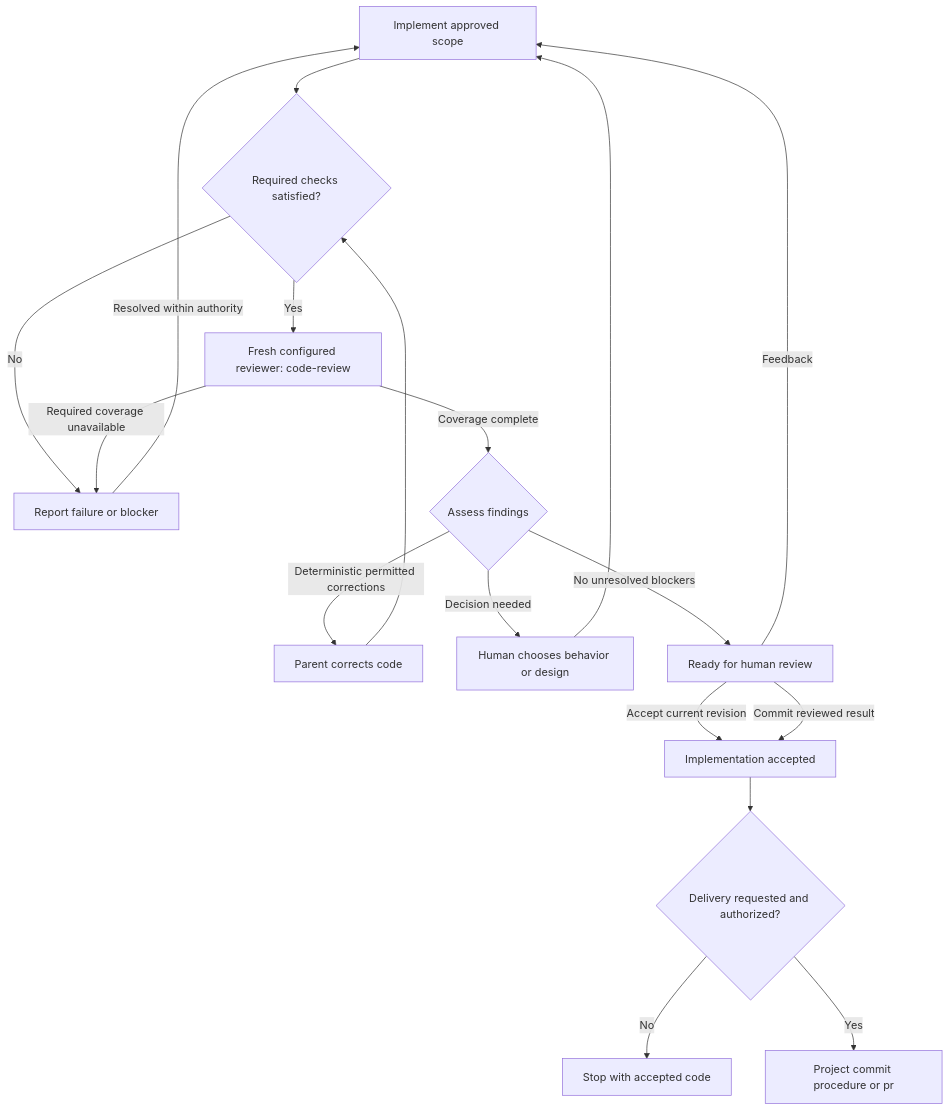
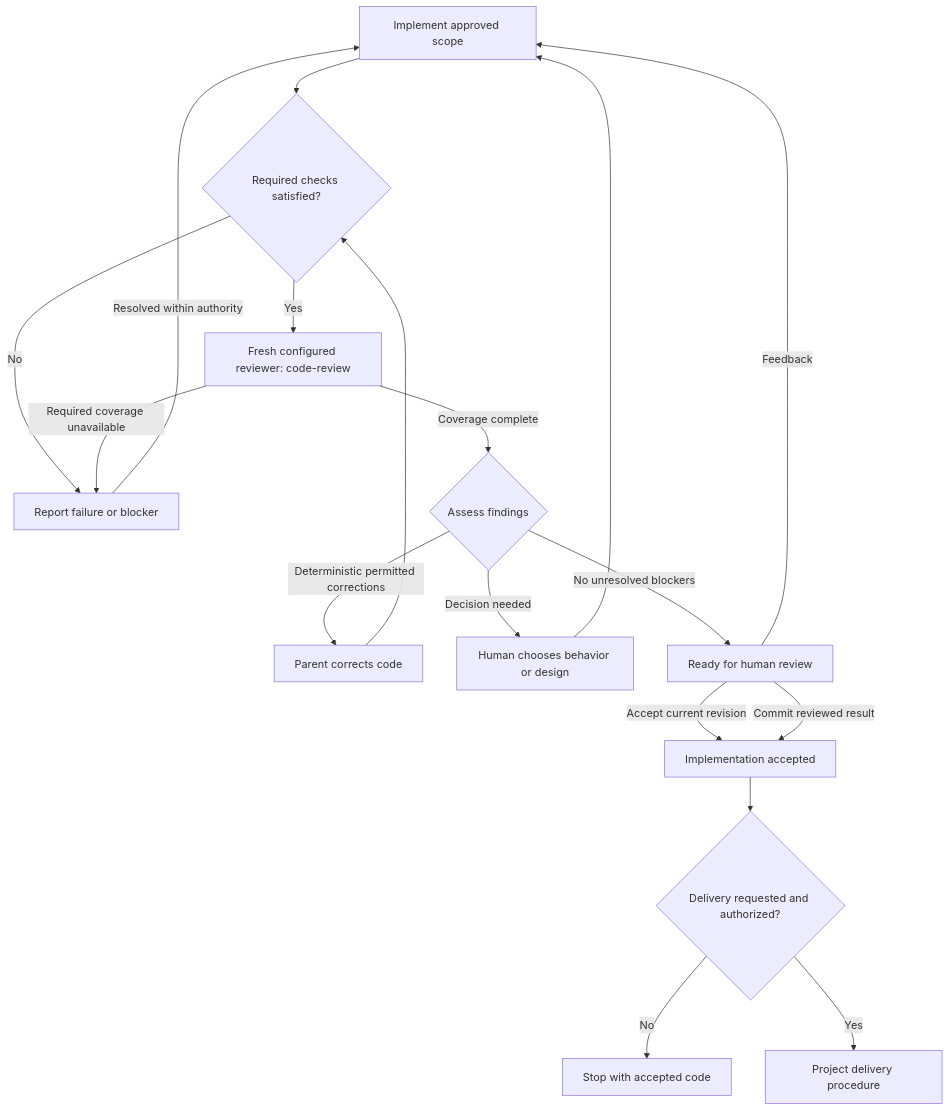
Before and after one commit to FOZERY/agent-workflow: the diagram in FLOW.md, drawn with Mermaid. The commit also changed other lines of this file and 60 other files, not shown here.

````diff
--- a/FLOW.md
+++ b/FLOW.md
@@ -54,20 +54,20 @@
 ```mermaid
 flowchart TD
     W["Implement approved scope"] --> V{"Required checks satisfied?"}
     V -->|No| B["Report failure or blocker"]
     B -->|Resolved within authority| W
     V -->|Yes| R["Fresh configured reviewer: code-review"]
     R -->|Coverage complete| F{"Assess findings"}
     R -->|Required coverage unavailable| B
     F -->|Deterministic permitted corrections| X["Parent corrects code"]
     X --> V
     F -->|Decision needed| Q["Human chooses behavior or design"]
     Q --> W
     F -->|No unresolved blockers| H["Ready for human review"]
     H -->|Feedback| W
     H -->|Accept current revision| A["Implementation accepted"]
     H -->|Commit reviewed result| A
     A --> D{"Delivery requested and authorized?"}
     D -->|No| S["Stop with accepted code"]
-    D -->|Yes| P["Project commit procedure or pr"]
+    D -->|Yes| P["Project delivery procedure"]
 ```
````
